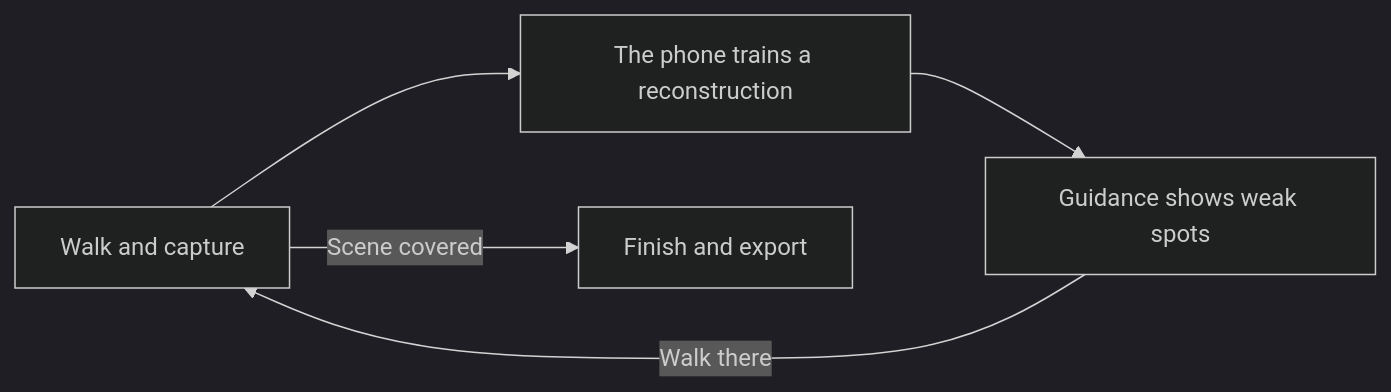
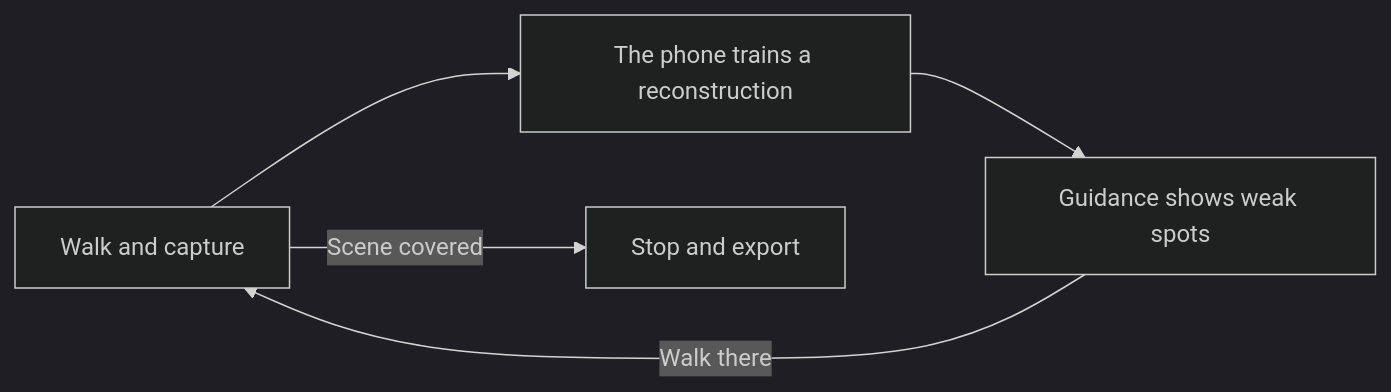
Before and after one commit to irc-hslu/capture-guide-docs: the diagram in docs/index.md, drawn with Mermaid (dark theme). The commit also changed other lines of this file and 17 other files, not shown here.

````diff
--- a/docs/index.md
+++ b/docs/index.md
@@ -7,7 +7,7 @@
 ```mermaid
 flowchart LR
     A[Walk and capture] --> B[The phone trains a reconstruction]
     B --> C[Guidance shows weak spots]
     C -->|Walk there| A
-    A -->|Scene covered| D[Finish and export]
+    A -->|Scene covered| D[Stop and export]
 ```
````
